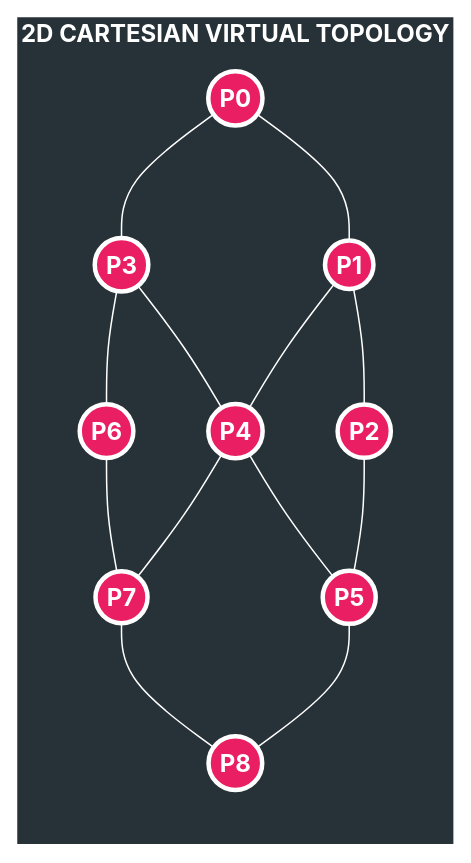
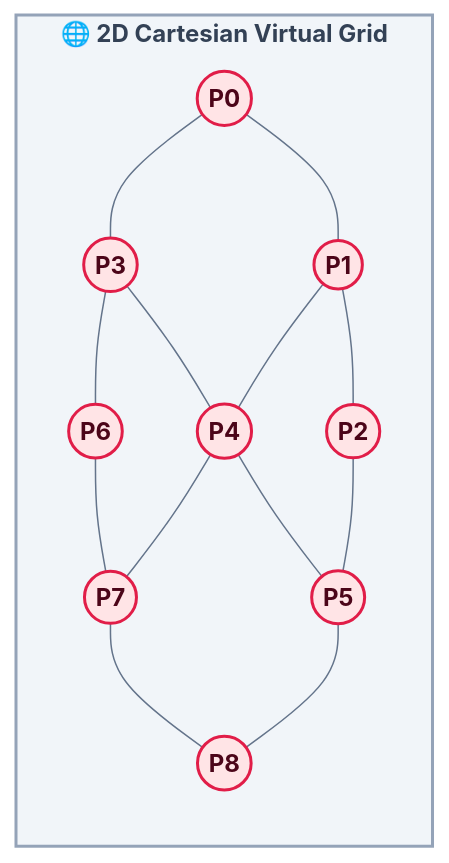
One commit to RameenAnwar/PDC-SP26-SE changed the eighth of 8 diagrams in SyedMuhammadHuzaifaAshrafi-(23FA-035-SE)/Chapter04/README.md. Above: the diagram before and after it, drawn with Mermaid. The commit also changed other lines of this file and 5 other files, not shown here.

````diff
--- a/SyedMuhammadHuzaifaAshrafi-(23FA-035-SE)/Chapter04/README.md
+++ b/SyedMuhammadHuzaifaAshrafi-(23FA-035-SE)/Chapter04/README.md
@@ -424,21 +227,21 @@
 ```mermaid
-%%{init: {'theme': 'base', 'themeVariables': { 'lineColor': '#FFFFFF', 'primaryColor': '#263238', 'clusterBkg':'#37474F' }}}%%
+%%{init: {'theme': 'base', 'themeVariables': { 'lineColor': '#64748b', 'primaryColor': '#f8fafc', 'primaryTextColor': '#0f172a', 'primaryBorderColor': '#cbd5e1' }}}%%
 flowchart TD
-    %% Pro Max Grid Visual
-    classDef grid fill:#E91E63,stroke:#FFFFFF,stroke-width:3px,color:#FFFFFF,font-weight:bold
-    classDef bg fill:#263238,stroke:#FFFFFF,stroke-width:3px,color:#FFFFFF,font-weight:bold
+    %% Premium Grid Visual
+    classDef grid fill:#ffe4e6,stroke:#e11d48,stroke-width:2px,color:#4c0519,font-weight:bold
+    classDef bg fill:#f1f5f9,stroke:#94a3b8,stroke-width:2px,color:#334155,font-weight:bold
 
-    subgraph TOPOLOGY ["2D CARTESIAN VIRTUAL TOPOLOGY"]
+    subgraph TOPOLOGY ["🌐 2D Cartesian Virtual Grid"]
         direction TB
         P0((P0)) --- P1((P1)) --- P2((P2))
         P3((P3)) --- P4((P4)) --- P5((P5))
         P6((P6)) --- P7((P7)) --- P8((P8))
         
         P0 --- P3 --- P6
         P1 --- P4 --- P7
         P2 --- P5 --- P8
     end
     
     class P0,P1,P2,P3,P4,P5,P6,P7,P8 grid
     class TOPOLOGY bg
 ```
````
